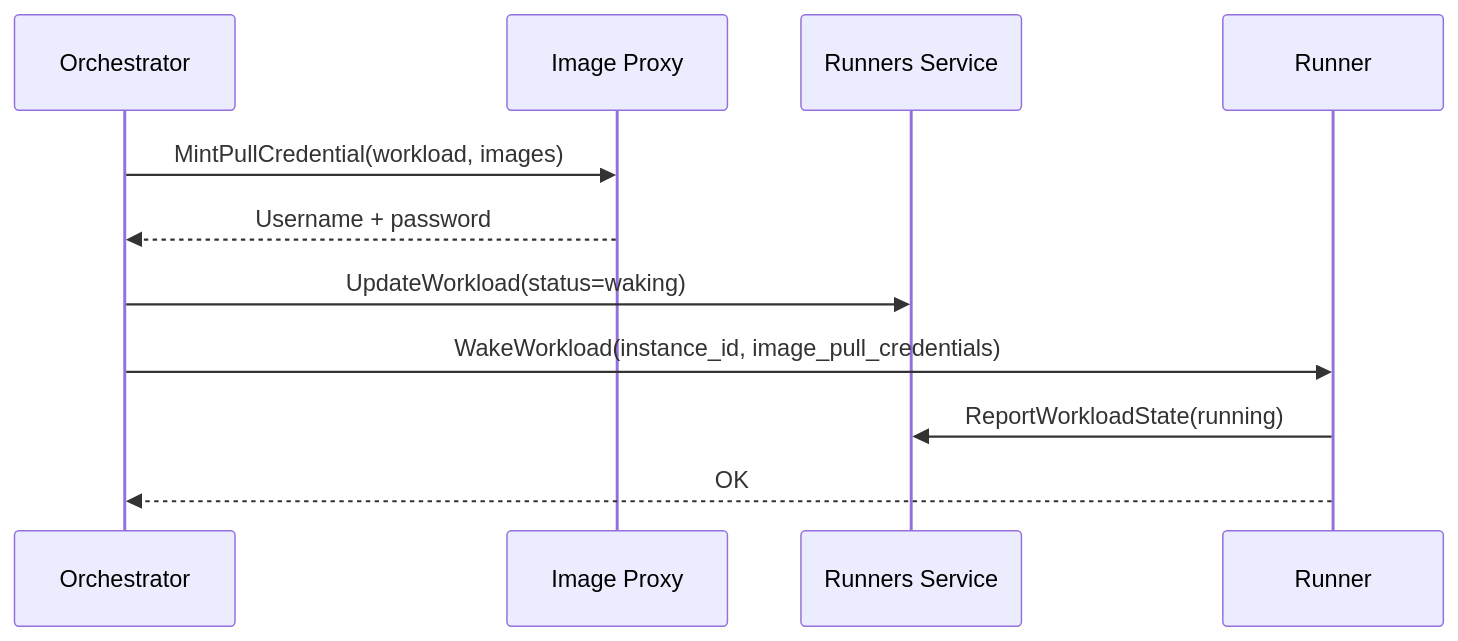
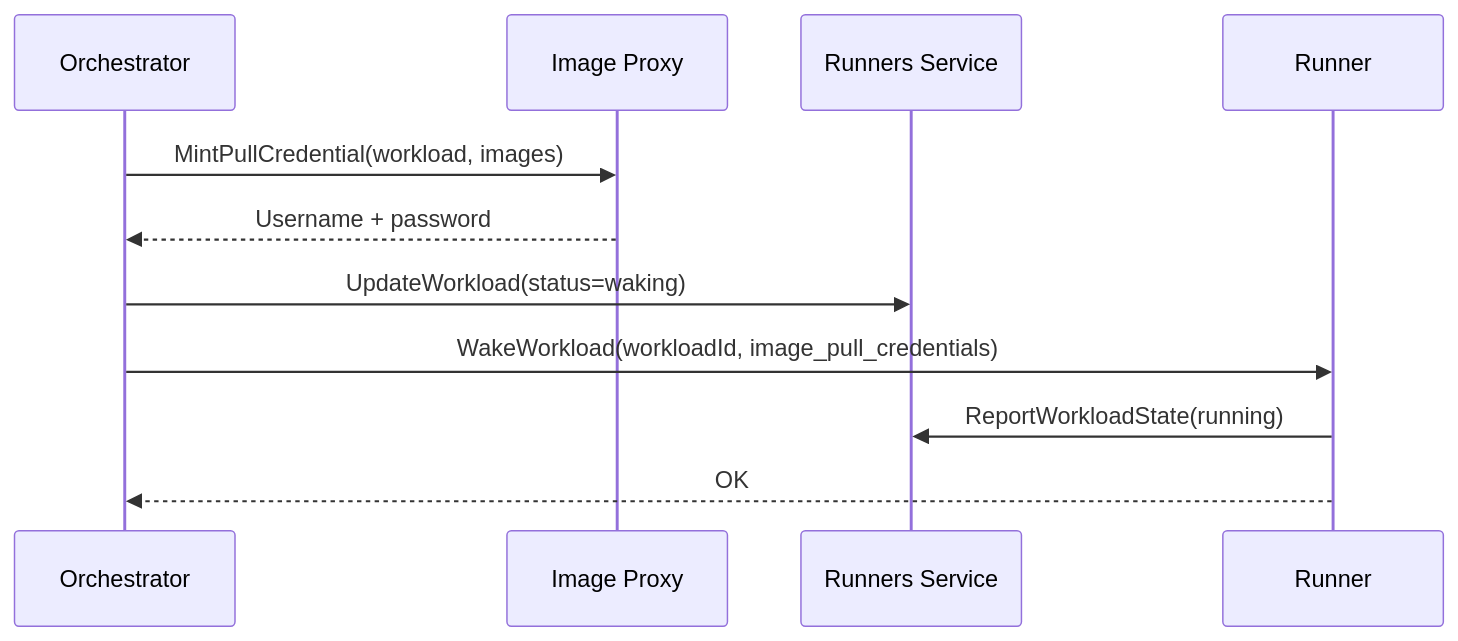
One commit to agynio/architecture changed the fifth of 6 diagrams in architecture/agents-orchestrator.md. Above: the diagram before and after it, drawn with Mermaid. The commit also changed other lines of this file and 4 other files, not shown here.

````diff
--- a/architecture/agents-orchestrator.md
+++ b/architecture/agents-orchestrator.md
@@ -325,14 +326,14 @@
 ```mermaid
 sequenceDiagram
     participant O as Orchestrator
     participant IP as Image Proxy
     participant RS as Runners Service
     participant R as Runner
 
     O->>IP: MintPullCredential(workload, images)
     IP-->>O: Username + password
     O->>RS: UpdateWorkload(status=waking)
-    O->>R: WakeWorkload(instance_id, image_pull_credentials)
+    O->>R: WakeWorkload(workloadId, image_pull_credentials)
     R->>RS: ReportWorkloadState(running)
     R-->>O: OK
 ```
````
